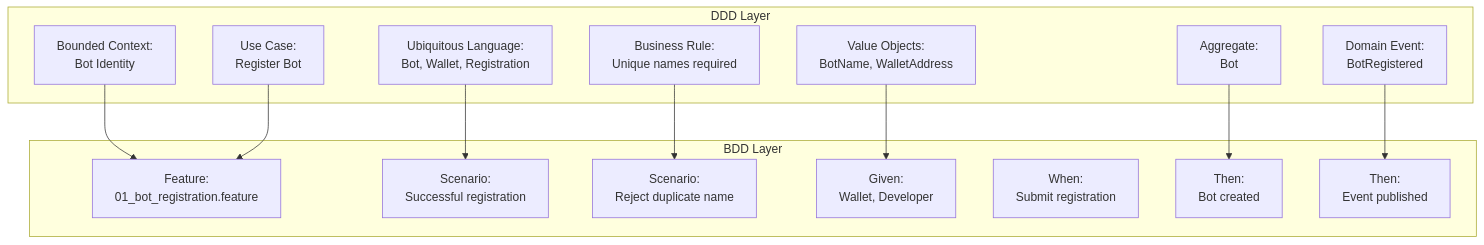
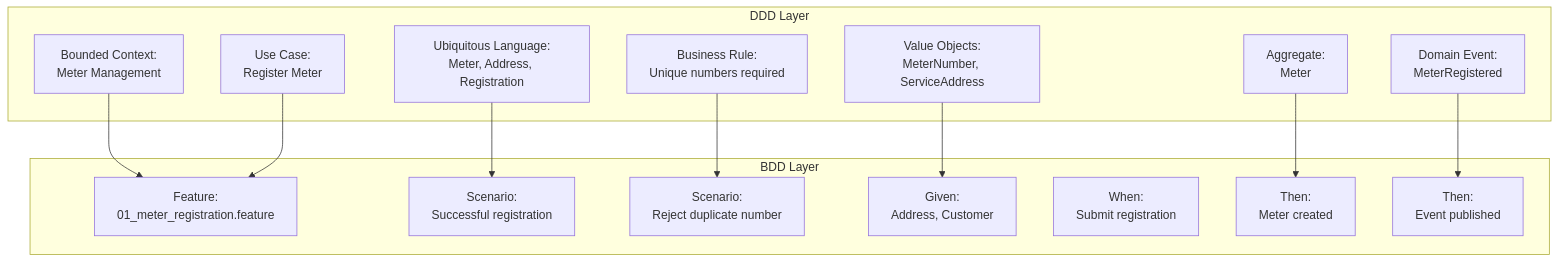
The fifth of 6 diagrams in docs/bdd/04-ddd-bdd-mapping.md (esimplicityinc/water-demo), drawn with Mermaid before and after one commit. The commit also changed other lines of this file and 6 other files, not shown here.

````diff
--- a/docs/bdd/04-ddd-bdd-mapping.md
+++ b/docs/bdd/04-ddd-bdd-mapping.md
@@ -436,30 +434,30 @@
 ```mermaid
 flowchart TD
     subgraph "DDD Layer"
-        D_BC[Bounded Context:<br/>Bot Identity]
-        D_UL[Ubiquitous Language:<br/>Bot, Wallet, Registration]
-        D_A[Aggregate:<br/>Bot]
-        D_VO[Value Objects:<br/>BotName, WalletAddress]
-        DE[Domain Event:<br/>BotRegistered]
-        D_UC[Use Case:<br/>Register Bot]
-        D_BR[Business Rule:<br/>Unique names required]
+        D_BC[Bounded Context:<br/>Meter Management]
+        D_UL[Ubiquitous Language:<br/>Meter, Address, Registration]
+        D_A[Aggregate:<br/>Meter]
+        D_VO[Value Objects:<br/>MeterNumber, ServiceAddress]
+        DE[Domain Event:<br/>MeterRegistered]
+        D_UC[Use Case:<br/>Register Meter]
+        D_BR[Business Rule:<br/>Unique numbers required]
     end
 
     subgraph "BDD Layer"
-        B_F[Feature:<br/>01_bot_registration.feature]
+        B_F[Feature:<br/>01_meter_registration.feature]
         B_S1[Scenario:<br/>Successful registration]
-        B_S2[Scenario:<br/>Reject duplicate name]
-        B_G[Given:<br/>Wallet, Developer]
+        B_S2[Scenario:<br/>Reject duplicate number]
+        B_G[Given:<br/>Address, Customer]
         B_W[When:<br/>Submit registration]
-        B_T1[Then:<br/>Bot created]
+        B_T1[Then:<br/>Meter created]
         B_T2[Then:<br/>Event published]
     end
 
     D_BC --> B_F
     D_UL --> B_S1
     D_A --> B_T1
     D_VO --> B_G
     DE --> B_T2
     D_UC --> B_F
     D_BR --> B_S2
 ```
````
